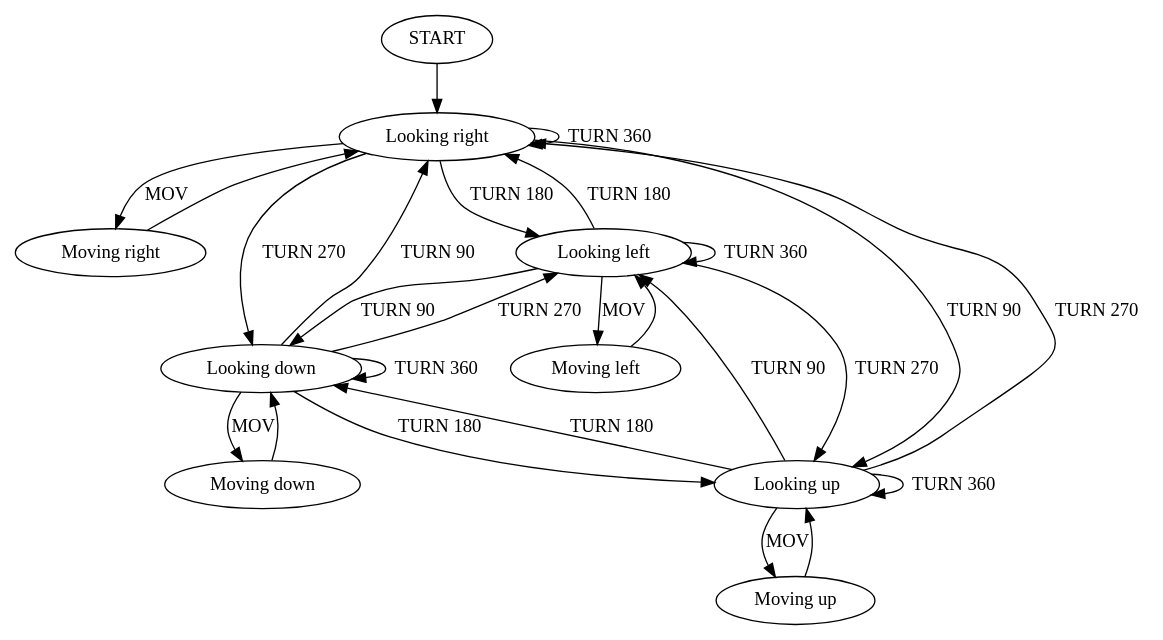
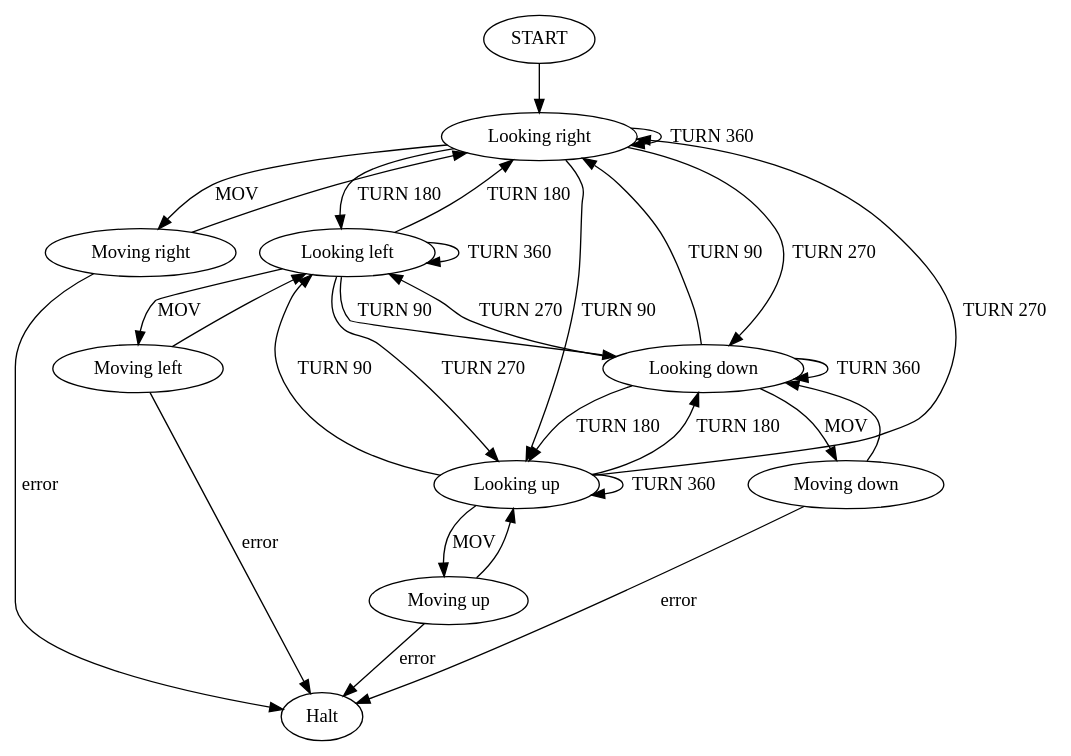
One commit to NolbertoCastro/MovTurn changed the diagram in state_machine.gv. Above: the diagram before and after it, drawn with Graphviz. The commit also changed 4 other files, not shown here.

```diff
--- a/state_machine.gv
+++ b/state_machine.gv
@@ -1,27 +1,31 @@
 digraph G {
 	START -> "Looking right"
 	"Looking right" -> "Moving right" [label=MOV]
 	"Looking left" -> "Moving left" [label=MOV]
 	"Looking up" -> "Moving up" [label=MOV]
 	"Looking down" -> "Moving down" [label=MOV]
 	"Moving right" -> "Looking right"
 	"Moving left" -> "Looking left"
 	"Moving up" -> "Looking up"
 	"Moving down" -> "Looking down"
+	"Moving right" -> Halt [label=error]
+	"Moving left" -> Halt [label=error]
+	"Moving up" -> Halt [label=error]
+	"Moving down" -> Halt [label=error]
 	"Looking right" -> "Looking left" [label="TURN 180"]
 	"Looking left" -> "Looking right" [label="TURN 180"]
 	"Looking up" -> "Looking down" [label="TURN 180"]
 	"Looking down" -> "Looking up" [label="TURN 180"]
 	"Looking right" -> "Looking up" [label="TURN 90"]
 	"Looking left" -> "Looking down" [label="TURN 90"]
 	"Looking up" -> "Looking left" [label="TURN 90"]
 	"Looking down" -> "Looking right" [label="TURN 90"]
 	"Looking right" -> "Looking down" [label="TURN 270"]
 	"Looking left" -> "Looking up" [label="TURN 270"]
 	"Looking up" -> "Looking right" [label="TURN 270"]
 	"Looking down" -> "Looking left" [label="TURN 270"]
 	"Looking right" -> "Looking right" [label="TURN 360"]
 	"Looking left" -> "Looking left" [label="TURN 360"]
 	"Looking up" -> "Looking up" [label="TURN 360"]
 	"Looking down" -> "Looking down" [label="TURN 360"]
 }
```
